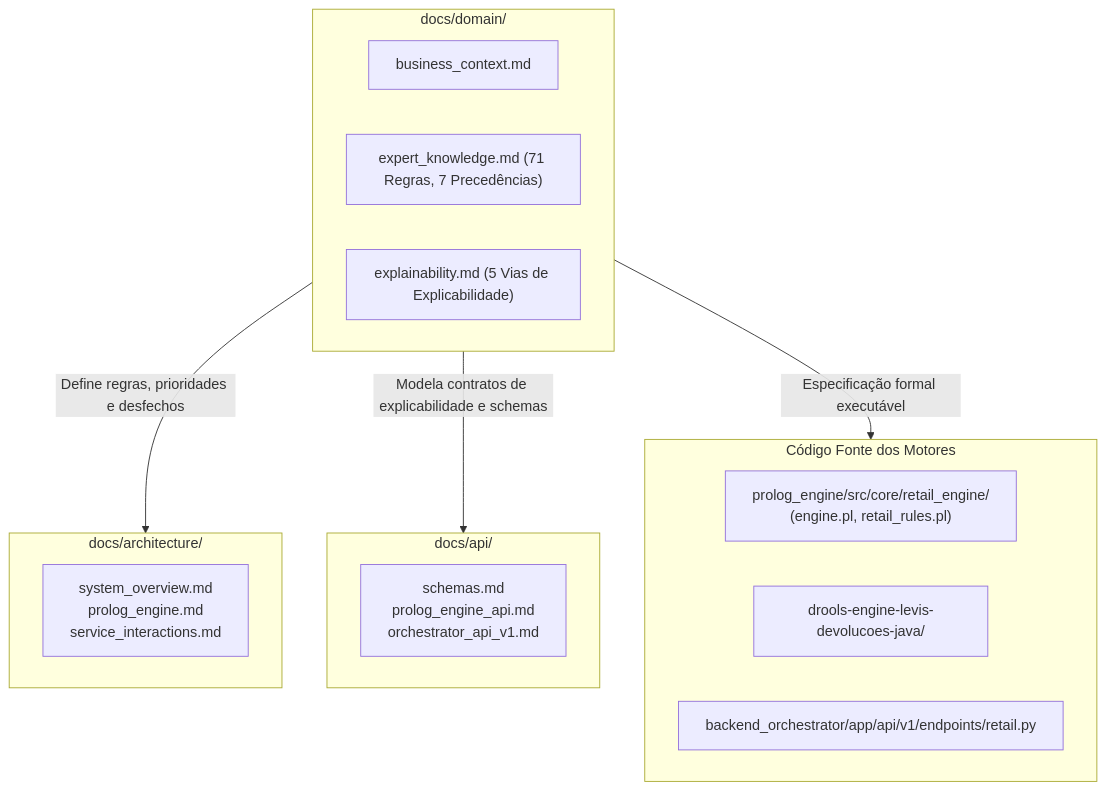
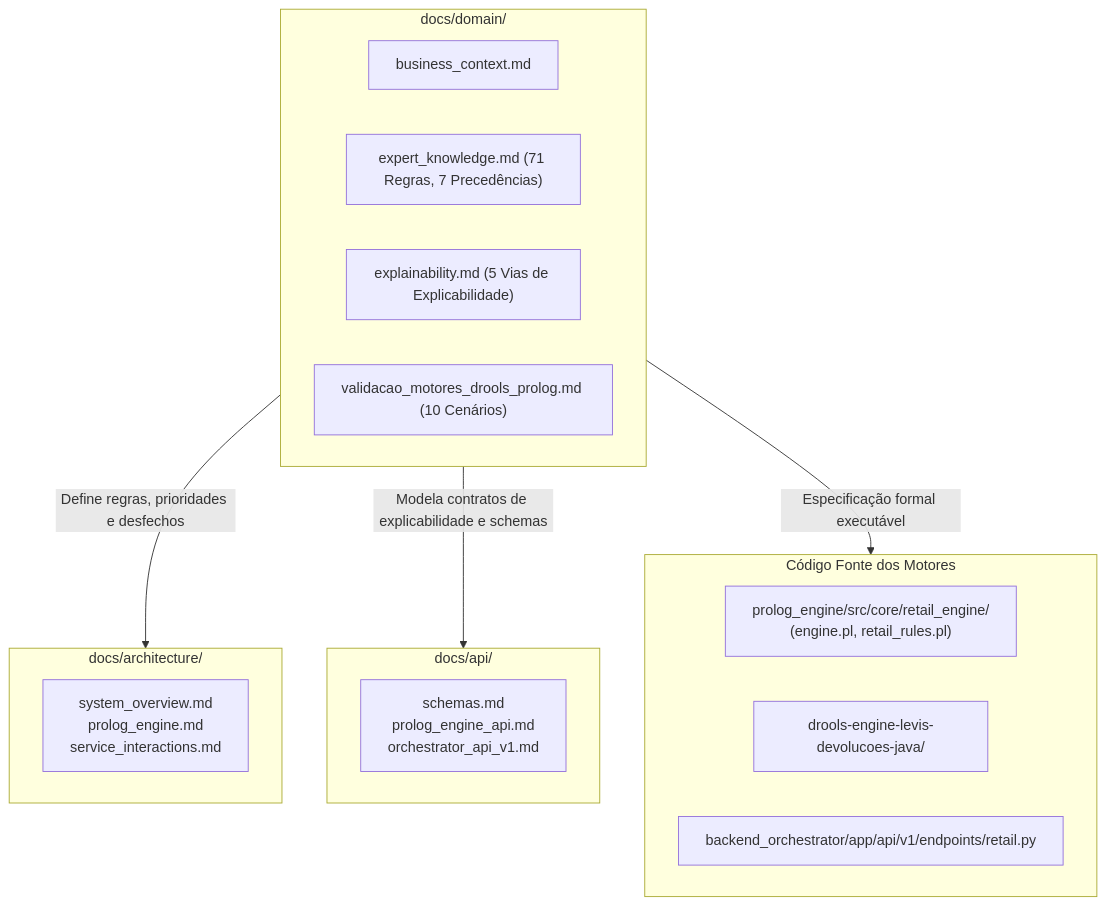
One commit to Alvaro1940052/meia-equipa3-challenge1-26_27 changed the diagram in docs/domain/README.md. Above: the diagram before and after it, drawn with Mermaid. The commit also changed other lines of this file and 9 other files, not shown here.

````diff
--- a/docs/domain/README.md
+++ b/docs/domain/README.md
@@ -26,26 +28,27 @@
 ```mermaid
 flowchart TD
     subgraph Dominio ["docs/domain/"]
         BC["business_context.md"]
         EK["expert_knowledge.md (71 Regras, 7 Precedências)"]
         EX["explainability.md (5 Vias de Explicabilidade)"]
+        VAL["validacao_motores_drools_prolog.md (10 Cenários)"]
     end
 
     subgraph Arquitetura ["docs/architecture/"]
         ARCH["system_overview.md<br/>prolog_engine.md<br/>service_interactions.md"]
     end
 
     subgraph API ["docs/api/"]
         SCHEMAS["schemas.md<br/>prolog_engine_api.md<br/>orchestrator_api_v1.md"]
     end
 
     subgraph Implementacao ["Código Fonte dos Motores"]
         PL["prolog_engine/src/core/retail_engine/<br/>(engine.pl, retail_rules.pl)"]
         DR["drools-engine-levis-devolucoes-java/"]
         PY["backend_orchestrator/app/api/v1/endpoints/retail.py"]
     end
 
     Dominio -->|Define regras, prioridades e desfechos| Arquitetura
     Dominio -->|Modela contratos de explicabilidade e schemas| API
     Dominio -->|Especificação formal executável| Implementacao
 ```
````
